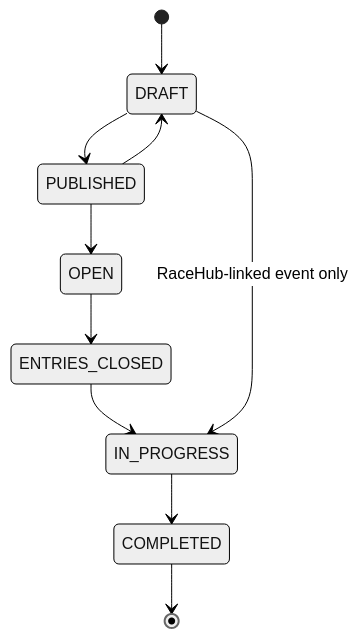
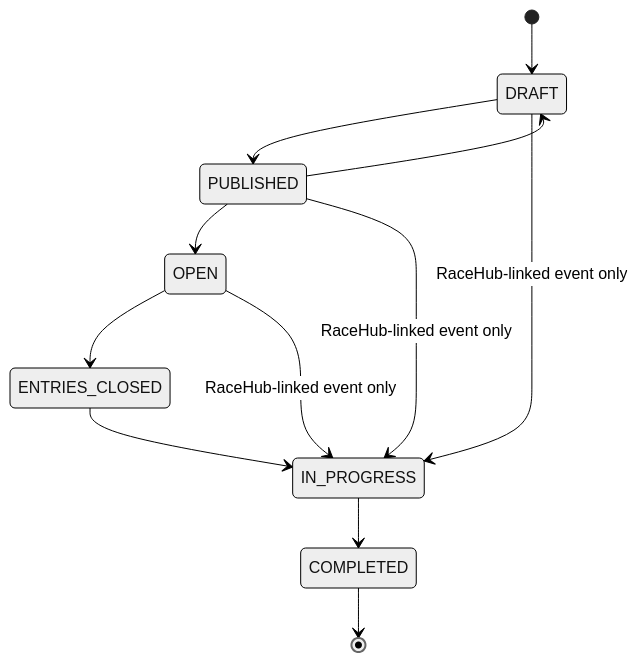
The third of 3 diagrams in docs/developer/race-lifecycle.md (RCRaceHub/RCTimingControl), drawn with Mermaid (neutral theme) before and after one commit. The commit also changed other lines of this file and 6 other files, not shown here.

First line of the commit message:
Let a RaceHub-linked event start from published or open too; keep allowedMoves out of a write transaction (#725)

````diff
--- a/docs/developer/race-lifecycle.md
+++ b/docs/developer/race-lifecycle.md
@@ -56,12 +56,14 @@
 ```mermaid
 stateDiagram-v2
     [*] --> DRAFT
     DRAFT --> PUBLISHED
     PUBLISHED --> OPEN
     PUBLISHED --> DRAFT
     OPEN --> ENTRIES_CLOSED
     ENTRIES_CLOSED --> IN_PROGRESS
     DRAFT --> IN_PROGRESS : RaceHub-linked event only
+    PUBLISHED --> IN_PROGRESS : RaceHub-linked event only
+    OPEN --> IN_PROGRESS : RaceHub-linked event only
     IN_PROGRESS --> COMPLETED
     COMPLETED --> [*]
 ```
````
